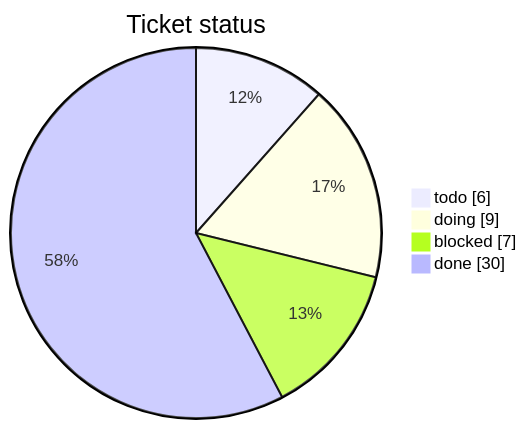
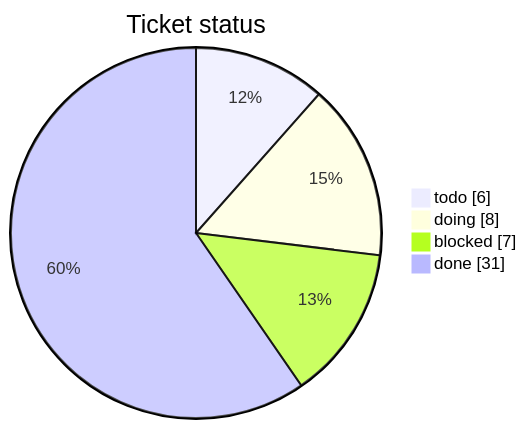
The first of 3 diagrams in tickets/TICKETS.md (mohamed-soubhi/bootlab-esp), drawn with Mermaid before and after one commit. The commit also changed other lines of this file and 6 other files, not shown here.

````diff
--- a/tickets/TICKETS.md
+++ b/tickets/TICKETS.md
@@ -14,7 +14,7 @@
 ```mermaid
 pie showData title Ticket status
     "todo" : 6
-    "doing" : 9
+    "doing" : 8
     "blocked" : 7
-    "done" : 30
+    "done" : 31
 ```
````
